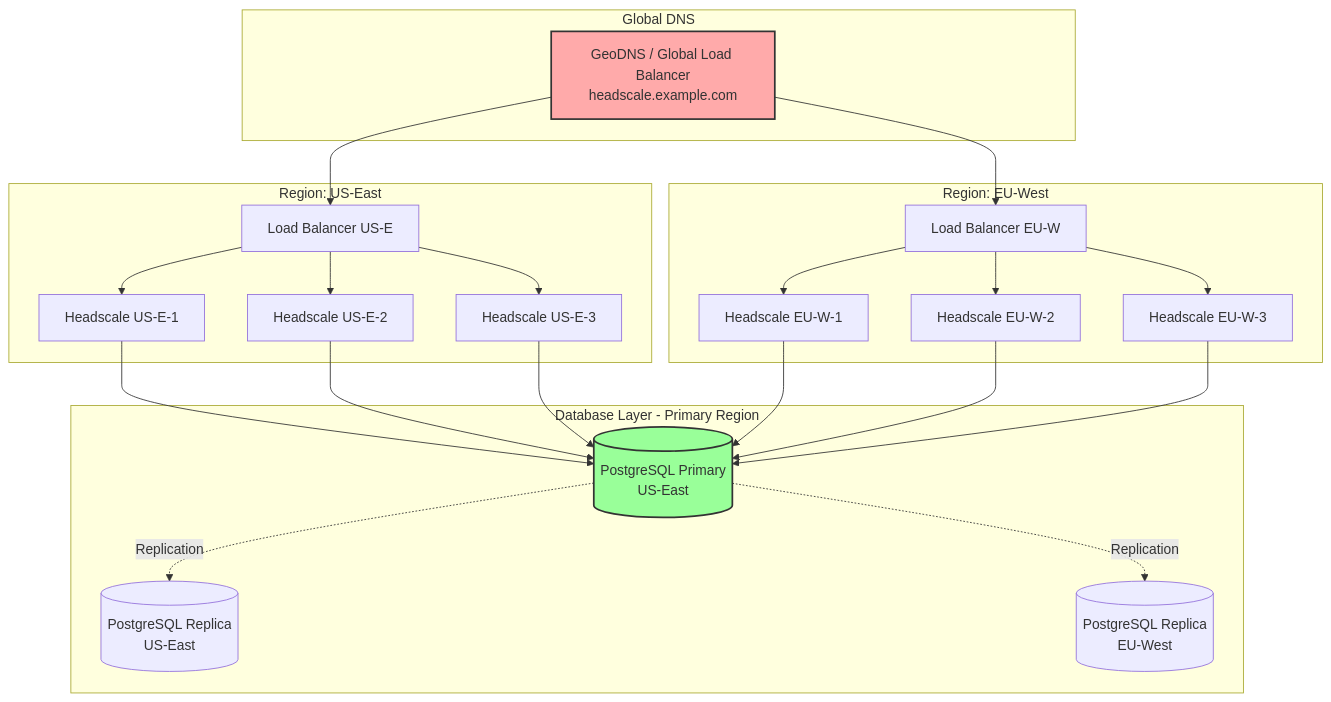
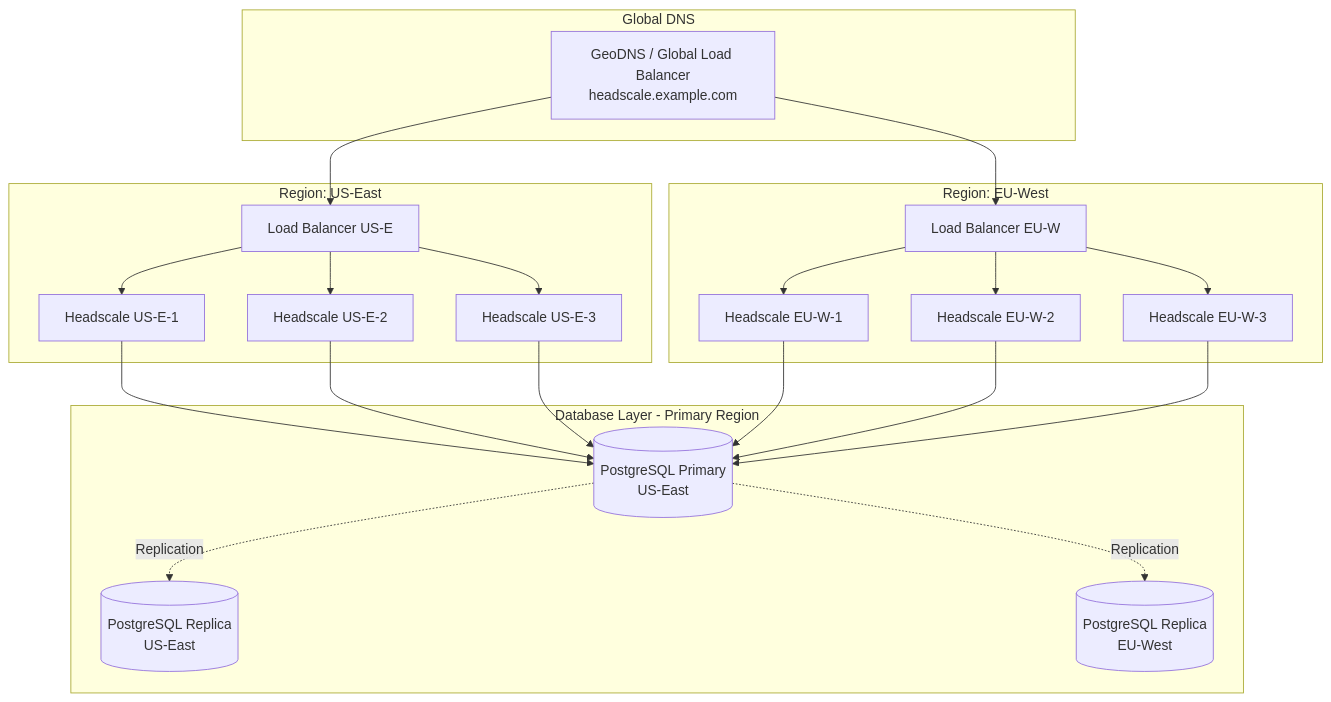
One commit to vicaya/headscale changed the fourth of 5 diagrams in docs/setup/install/ha.md. Above: the diagram before and after it, drawn with Mermaid. The commit also changed other lines of this file, not shown here.

Commit message:
Remove mermaid diagram background fills and add DERP workaround in K8s example

````diff
--- a/docs/setup/install/ha.md
+++ b/docs/setup/install/ha.md
@@ -659,41 +648,38 @@
 ```mermaid
 graph TB
     subgraph "Global DNS"
         DNS[GeoDNS / Global Load Balancer<br/>headscale.example.com]
     end
     
     subgraph "Region: US-East"
         LB_USE[Load Balancer US-E]
         HS_USE1[Headscale US-E-1]
         HS_USE2[Headscale US-E-2]
         HS_USE3[Headscale US-E-3]
     end
     
     subgraph "Region: EU-West"
         LB_EUW[Load Balancer EU-W]
         HS_EUW1[Headscale EU-W-1]
         HS_EUW2[Headscale EU-W-2]
         HS_EUW3[Headscale EU-W-3]
     end
     
     subgraph "Database Layer - Primary Region"
         PG_PRIMARY[(PostgreSQL Primary<br/>US-East)]
         PG_REPLICA1[(PostgreSQL Replica<br/>US-East)]
         PG_REPLICA2[(PostgreSQL Replica<br/>EU-West)]
     end
     
     DNS --> LB_USE
     DNS --> LB_EUW
     
     LB_USE --> HS_USE1 & HS_USE2 & HS_USE3
     LB_EUW --> HS_EUW1 & HS_EUW2 & HS_EUW3
     
     HS_USE1 & HS_USE2 & HS_USE3 --> PG_PRIMARY
     HS_EUW1 & HS_EUW2 & HS_EUW3 --> PG_PRIMARY
     
     PG_PRIMARY -.Replication.-> PG_REPLICA1
     PG_PRIMARY -.Replication.-> PG_REPLICA2
-    
-    style DNS fill:#faa,stroke:#333,stroke-width:2px
-    style PG_PRIMARY fill:#9f9,stroke:#333,stroke-width:2px
 ```
````
